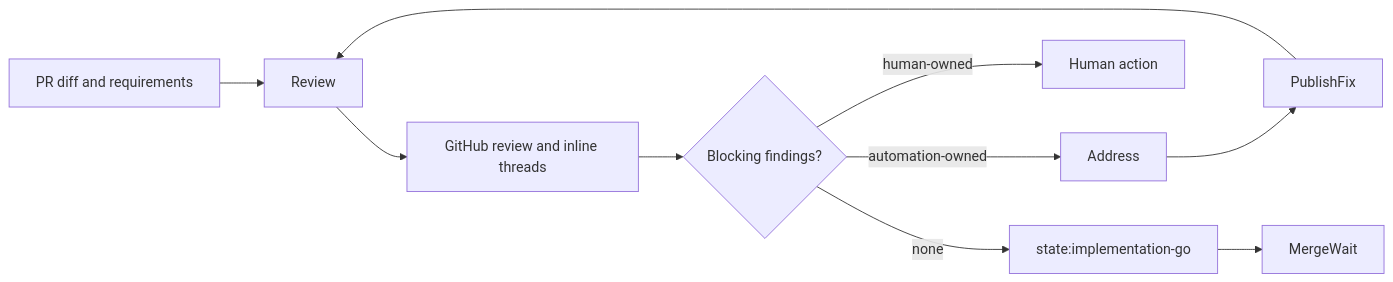
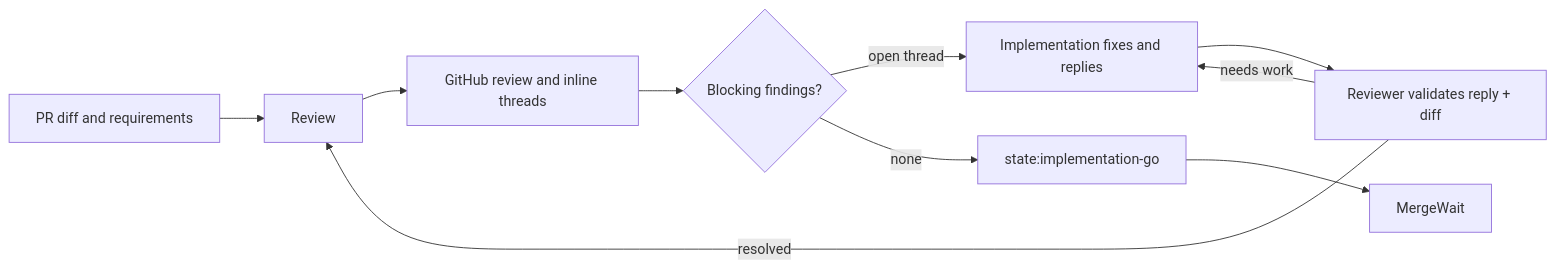
Before and after one commit to HomericIntelligence/Hephaestus: diagram 11 of 16 in docs/architecture.md, drawn with Mermaid. The commit also changed other lines of this file and 30 other files, not shown here.

First line of the commit message:
fix(automation): enforce reviewer-owned thread resolution

````diff
--- a/docs/architecture.md
+++ b/docs/architecture.md
@@ -918,10 +918,11 @@
 ```mermaid
 flowchart LR
     PR["PR diff and requirements"] --> Review
     Review --> GitHub["GitHub review and inline threads"]
     GitHub --> Gate{"Blocking findings?"}
-    Gate -->|"automation-owned"| Address --> PublishFix --> Review
-    Gate -->|"human-owned"| Human["Human action"]
+    Gate -->|"open thread"| Address["Implementation fixes and replies"] --> Validate["Reviewer validates reply + diff"]
+    Validate -->|"resolved"| Review
+    Validate -->|"needs work"| Address
     Gate -->|"none"| Approve["state:implementation-go"]
     Approve --> MergeWait
 ```
````
